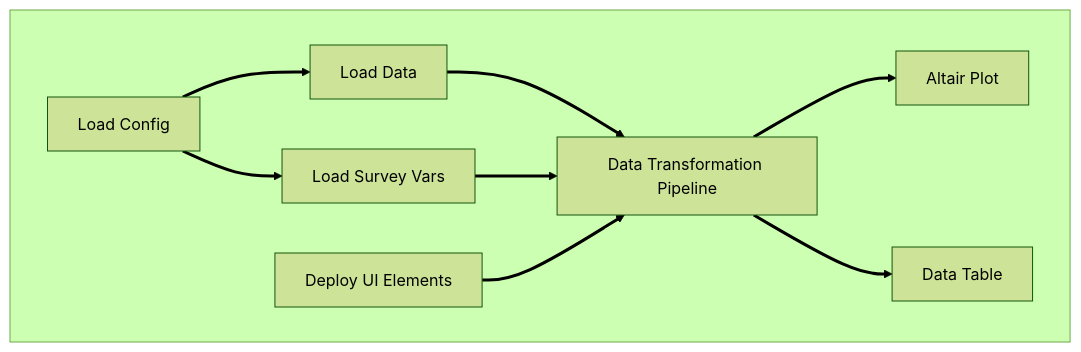
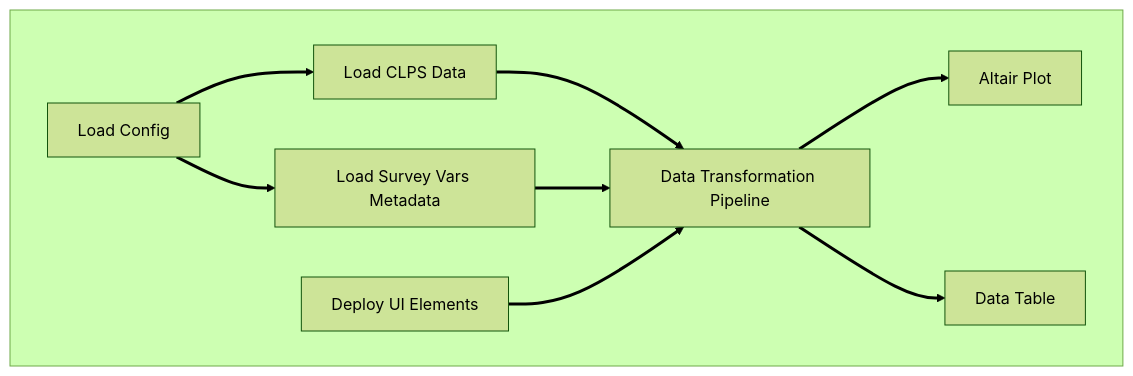
One commit to andrewKOwong/mixedconclusions changed the diagram in content/blog/clps/index.md. Above: the diagram before and after it, drawn with Mermaid (forest theme). The commit also changed other lines of this file, not shown here.

Commit message:
Update: mermaid overview

````diff
--- a/content/blog/clps/index.md
+++ b/content/blog/clps/index.md
@@ -288,13 +290,13 @@
 ```mermaid
 graph TD
     classDef bg_box stroke:None, fill:#C2E1FF;
     linkStyle default stroke-width:3px;
 
     subgraph bg [ ]
-        A[Load Config] --> B[Load Data];
-        A[Load Config] --> C[Load Survey Vars];
-        D[Deploy UI Elements]
+        A[Load Config] --> B[Load CLPS Data];
+        A[Load Config] --> C[Load Survey Vars Metadata];
+        D[Deploy UI Elements];
         B & C & D --> F[Data Transformation Pipeline];
         F --> G[Altair Plot] & H[Data Table];
     end
 ```
````
